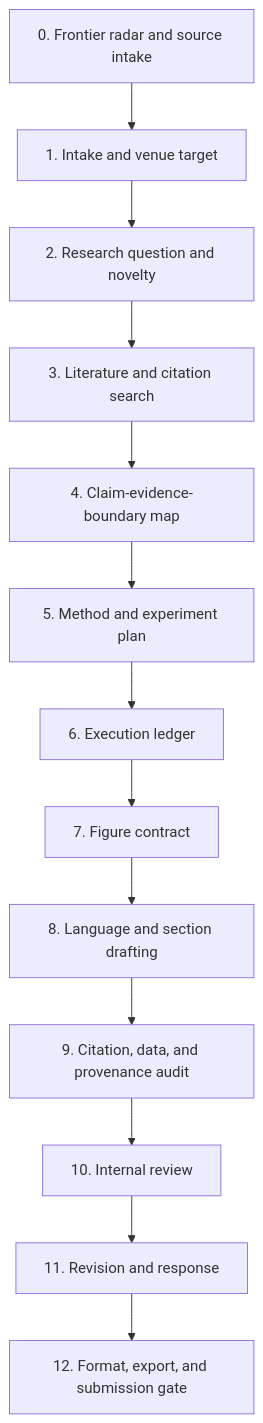
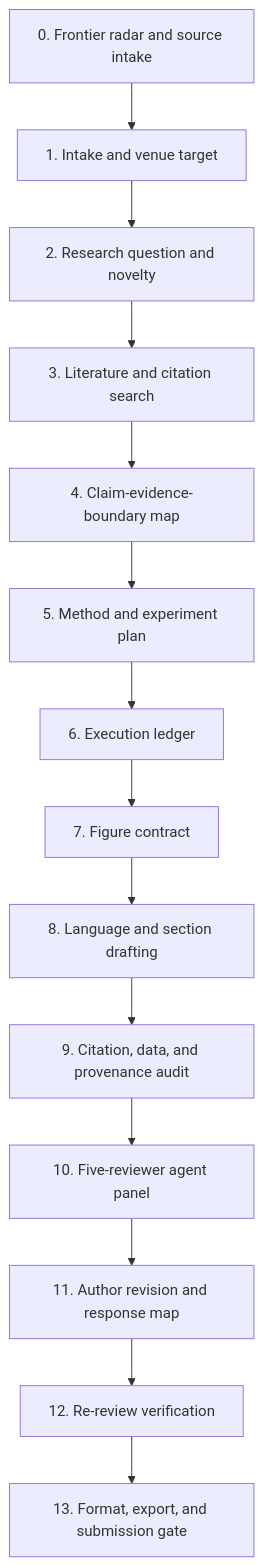
One commit to fengmo11/awesome-paper-research-skills changed the diagram in docs/workflow-v3.2.md. Above: the diagram before and after it, drawn with Mermaid. The commit also changed other lines of this file and 11 other files, not shown here.

Commit message:
Add five reviewer paper gate

````diff
--- a/docs/workflow-v3.2.md
+++ b/docs/workflow-v3.2.md
@@ -14,15 +14,16 @@
 ```mermaid
 flowchart TD
   A["0. Frontier radar and source intake"] --> B["1. Intake and venue target"]
   B --> C["2. Research question and novelty"]
   C --> D["3. Literature and citation search"]
   D --> E["4. Claim-evidence-boundary map"]
   E --> F["5. Method and experiment plan"]
   F --> G["6. Execution ledger"]
   G --> H["7. Figure contract"]
   H --> I["8. Language and section drafting"]
   I --> J["9. Citation, data, and provenance audit"]
-  J --> K["10. Internal review"]
-  K --> L["11. Revision and response"]
-  L --> M["12. Format, export, and submission gate"]
+  J --> K["10. Five-reviewer agent panel"]
+  K --> L["11. Author revision and response map"]
+  L --> M["12. Re-review verification"]
+  M --> N["13. Format, export, and submission gate"]
 ```
````
